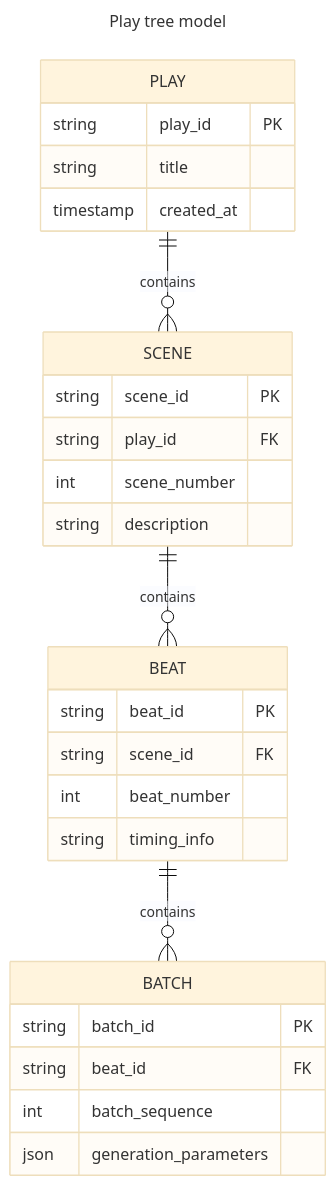
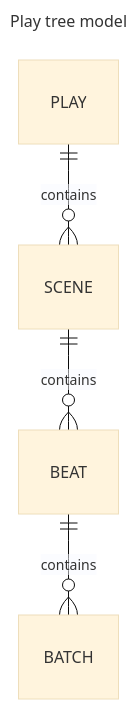
One commit to wgedeon/comfyui_play_traversal changed the diagram in README.md. Above: the diagram before and after it, drawn with Mermaid (base theme).

````diff
--- a/README.md
+++ b/README.md
@@ -41,36 +41,9 @@
 ```mermaid
 ---
 title: Play tree model
 ---
 erDiagram
     PLAY ||--o{ SCENE : contains
     SCENE ||--o{ BEAT : contains  
     BEAT ||--o{ BATCH : contains
-    
-    PLAY {
-        string play_id PK
-        string title
-        timestamp created_at
-    }
-    
-    SCENE {
-        string scene_id PK
-        string play_id FK
-        int scene_number
-        string description
-    }
-    
-    BEAT {
-        string beat_id PK
-        string scene_id FK
-        int beat_number
-        string timing_info
-    }
-    
-    BATCH {
-        string batch_id PK
-        string beat_id FK
-        int batch_sequence
-        json generation_parameters
-    }
 ```
````
